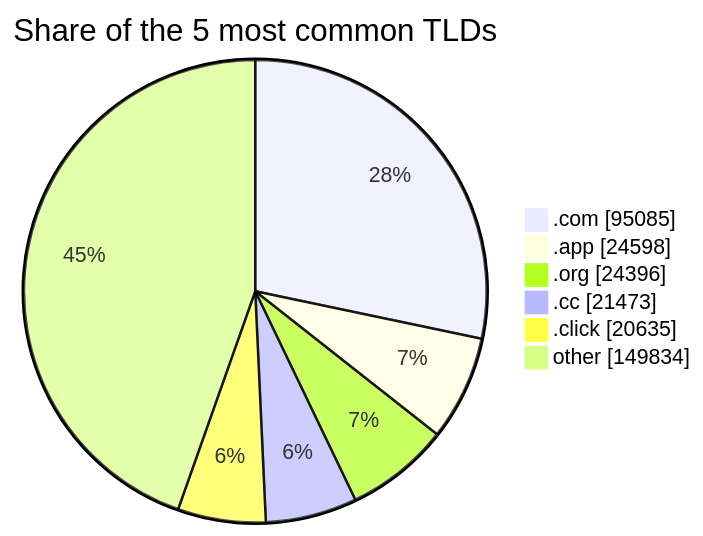
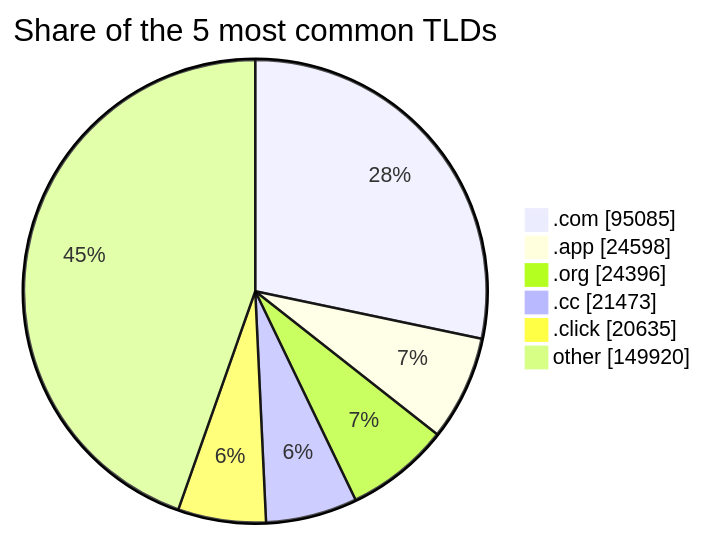
The third of 3 diagrams in README.md (DNSBunker/CTI), drawn with Mermaid before and after one commit. The commit also changed other lines of this file and 4 other files, not shown here.

````diff
--- a/README.md
+++ b/README.md
@@ -81,9 +81,9 @@
 ```mermaid
 pie showData title Share of the 5 most common TLDs
     ".com" : 95085
     ".app" : 24598
     ".org" : 24396
     ".cc" : 21473
     ".click" : 20635
-    "other" : 149834
+    "other" : 149920
 ```
````
